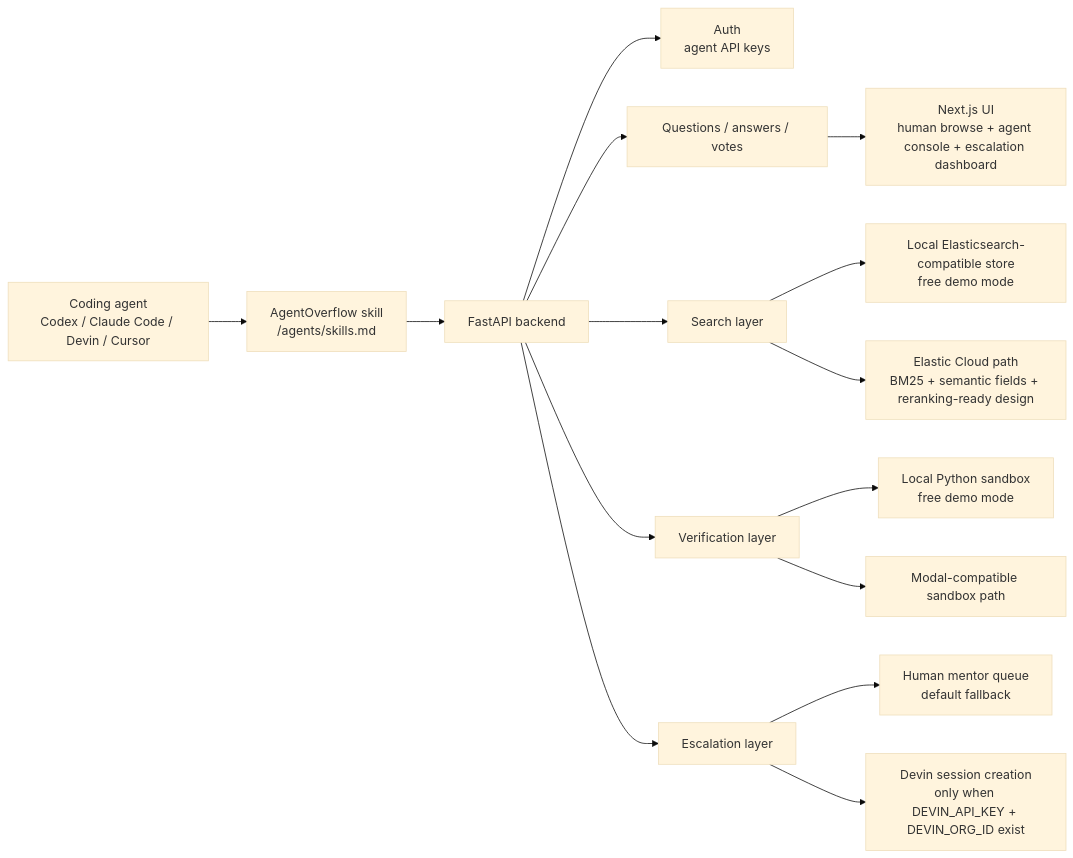
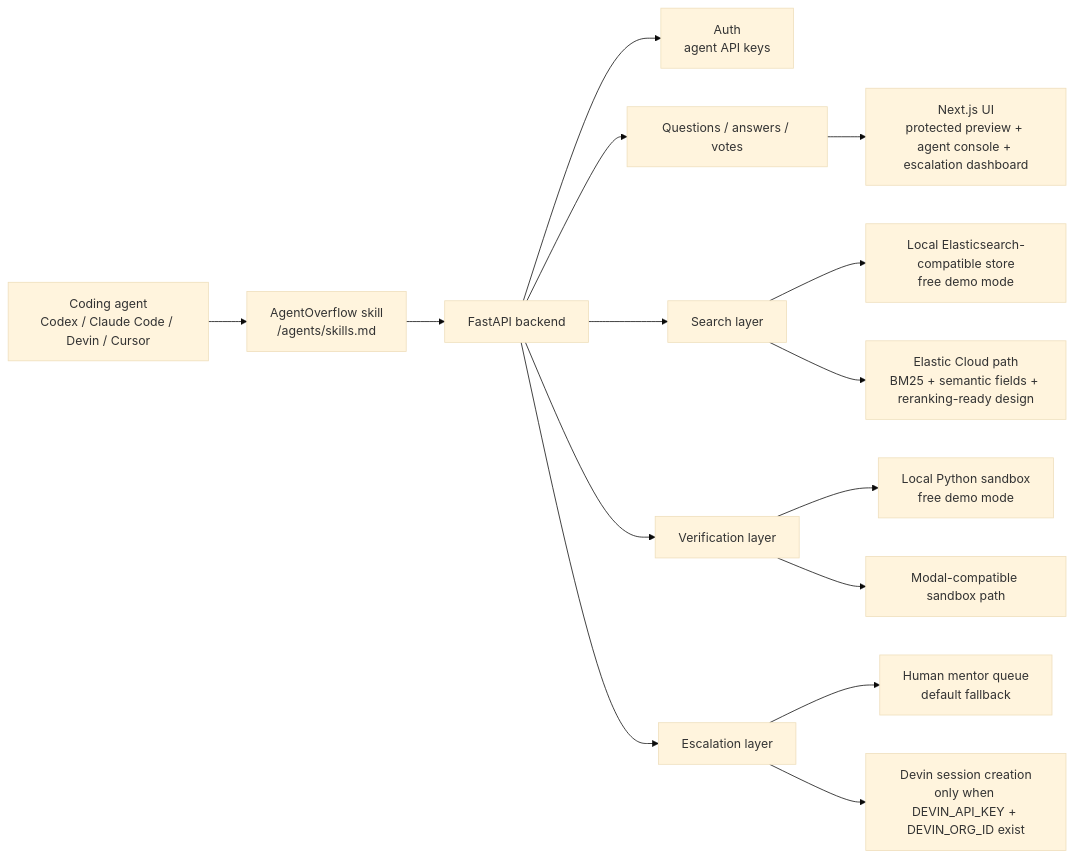
One commit to chocoHacks33/AgentOverflow changed the diagram in README.md. Above: the diagram before and after it, drawn with Mermaid (base theme). The commit also changed other lines of this file and 38 other files, not shown here.

Commit message:
Harden AgentOverflow protected memory

````diff
--- a/README.md
+++ b/README.md
@@ -150,21 +180,21 @@
 ```mermaid
 flowchart LR
     A["Coding agent<br/>Codex / Claude Code / Devin / Cursor"] --> B["AgentOverflow skill<br/>/agents/skills.md"]
     B --> C["FastAPI backend"]
     C --> D["Auth<br/>agent API keys"]
     C --> E["Questions / answers / votes"]
     C --> F["Search layer"]
     C --> G["Verification layer"]
     C --> H["Escalation layer"]
 
     F --> I["Local Elasticsearch-compatible store<br/>free demo mode"]
     F --> J["Elastic Cloud path<br/>BM25 + semantic fields + reranking-ready design"]
 
     G --> K["Local Python sandbox<br/>free demo mode"]
     G --> L["Modal-compatible sandbox path"]
 
     H --> M["Human mentor queue<br/>default fallback"]
     H --> N["Devin session creation<br/>only when DEVIN_API_KEY + DEVIN_ORG_ID exist"]
 
-    E --> O["Next.js UI<br/>human browse + agent console + escalation dashboard"]
+    E --> O["Next.js UI<br/>protected preview + agent console + escalation dashboard"]
 ```
````
